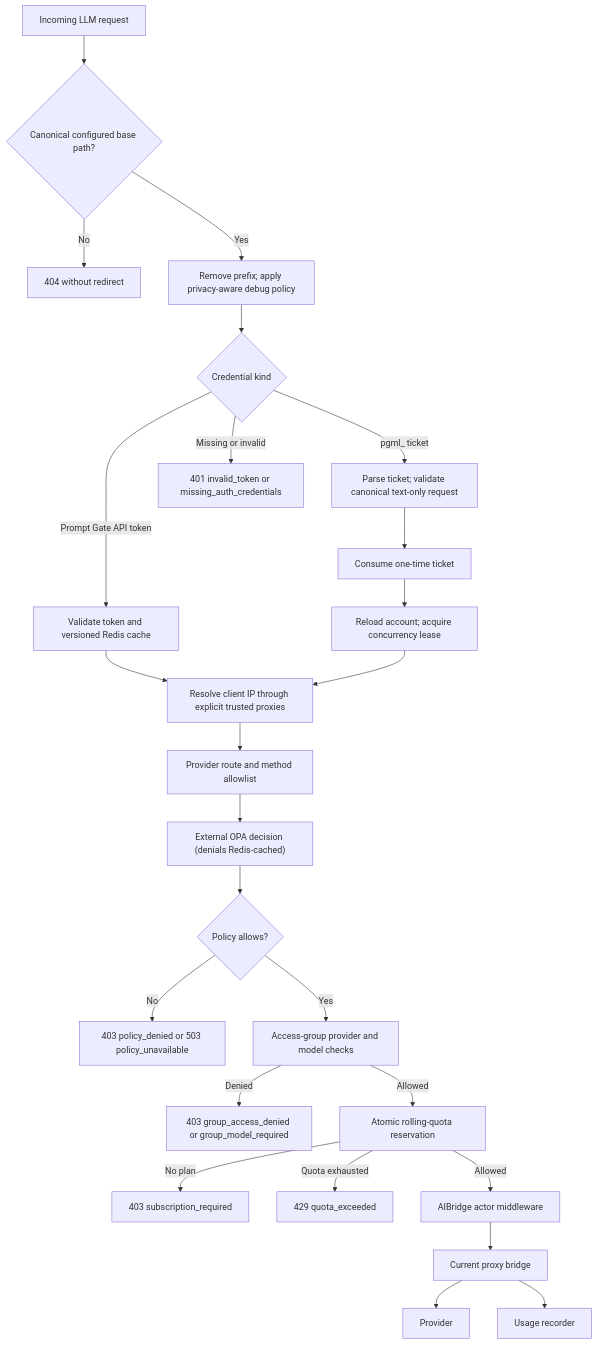
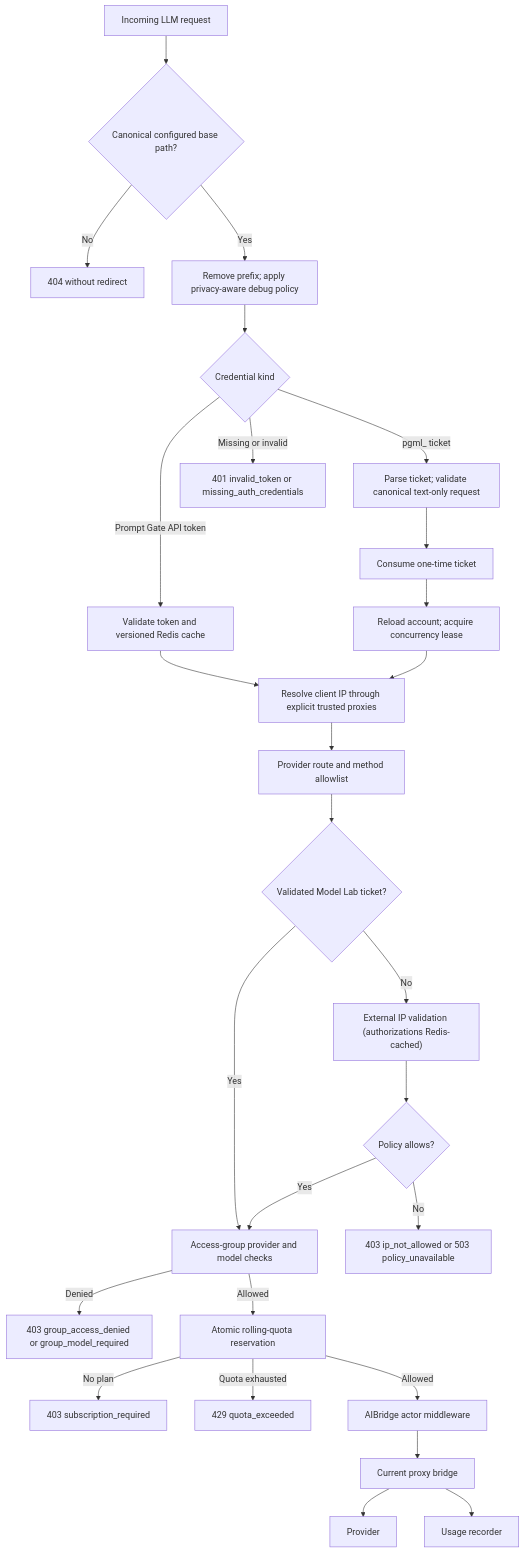
One commit to thomas-illiet/prompt-gate changed the diagram in docs/proxy.md. Above: the diagram before and after it, drawn with Mermaid. The commit also changed other lines of this file and 80 other files, not shown here.

First line of the commit message:
feat!: replace OPA with IP validation and validated Model Lab bypass

````diff
--- a/docs/proxy.md
+++ b/docs/proxy.md
@@ -23,27 +23,29 @@
 ```mermaid
 flowchart TD
     A["Incoming LLM request"] --> P{"Canonical configured base path?"}
     P -->|No| P2["404 without redirect"]
     P -->|Yes| Z["Remove prefix; apply privacy-aware debug policy"]
     Z --> B{"Credential kind"}
     B -->|Prompt Gate API token| C["Validate token and versioned Redis cache"]
     B -->|pgml_ ticket| ML["Parse ticket; validate canonical text-only request"]
     B -->|Missing or invalid| D["401 invalid_token or missing_auth_credentials"]
     ML --> MLC["Consume one-time ticket"]
     MLC --> MLA["Reload account; acquire concurrency lease"]
     C --> IP["Resolve client IP through explicit trusted proxies"]
     MLA --> IP
     IP --> E2["Provider route and method allowlist"]
-    E2 --> F["External OPA decision (denials Redis-cached)"]
+    E2 --> VML{"Validated Model Lab ticket?"}
+    VML -->|Yes| I
+    VML -->|No| F["External IP validation (authorizations Redis-cached)"]
     F --> G{"Policy allows?"}
-    G -->|No| H["403 policy_denied or 503 policy_unavailable"]
+    G -->|No| H["403 ip_not_allowed or 503 policy_unavailable"]
     G -->|Yes| I["Access-group provider and model checks"]
     I -->|Denied| I2["403 group_access_denied or group_model_required"]
     I -->|Allowed| J["Atomic rolling-quota reservation"]
     J -->|No plan| J2["403 subscription_required"]
     J -->|Quota exhausted| J3["429 quota_exceeded"]
     J -->|Allowed| K["AIBridge actor middleware"]
     K --> L["Current proxy bridge"]
     L --> M["Provider"]
     L --> N["Usage recorder"]
 ```
````
